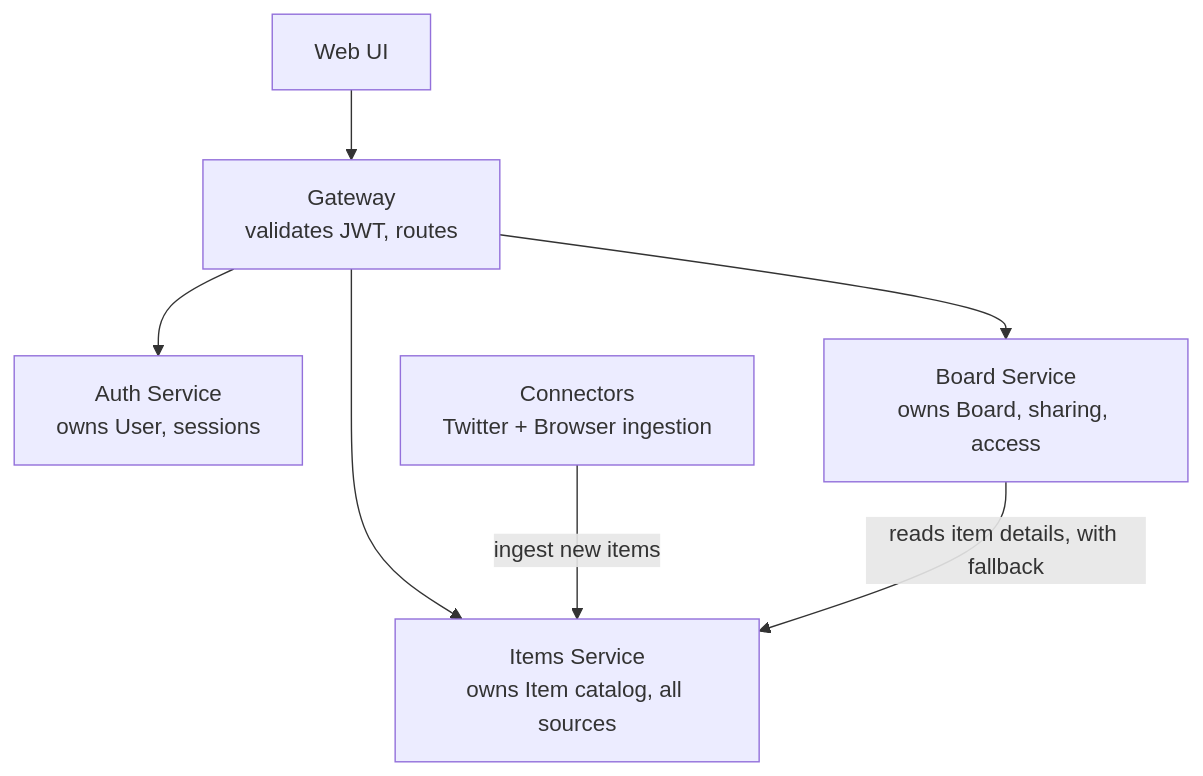
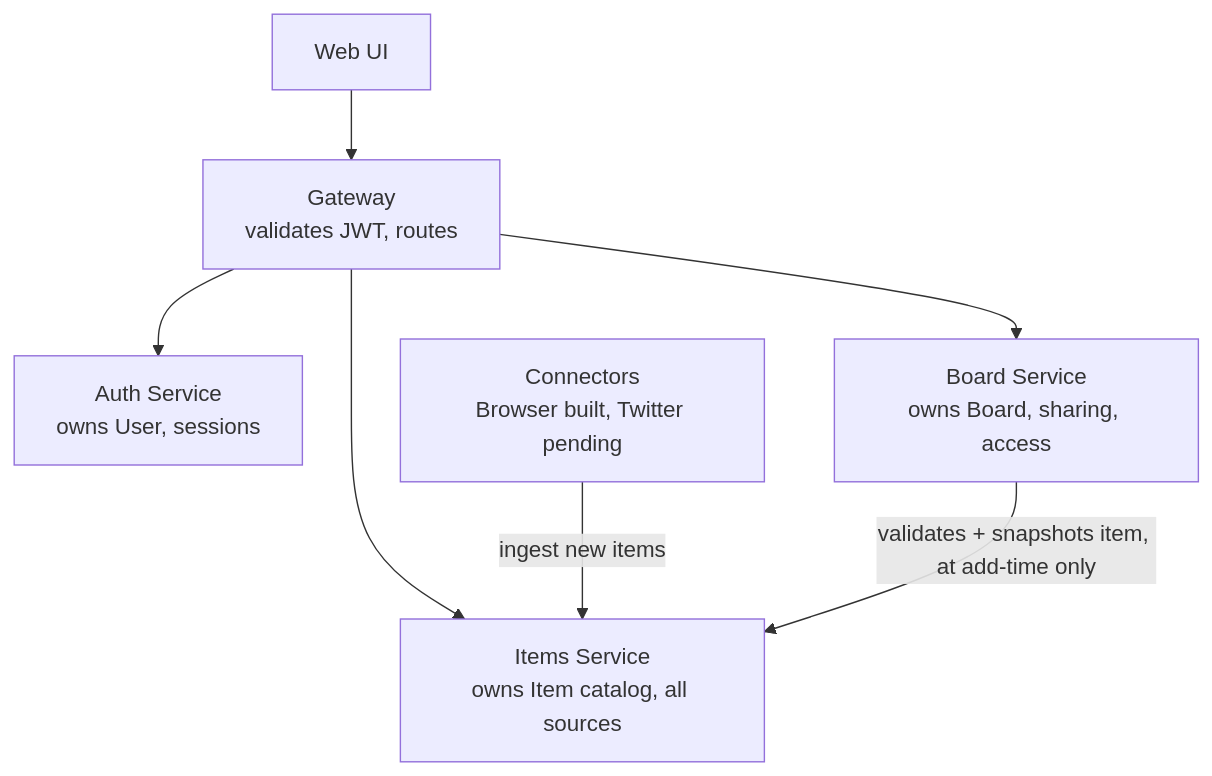
The third of 4 diagrams in docs/bookmarks-hub-architecture.md (mehulp/study-hub), drawn with Mermaid before and after one commit. The commit also changed other lines of this file and 2 other files, not shown here.

````diff
--- a/docs/bookmarks-hub-architecture.md
+++ b/docs/bookmarks-hub-architecture.md
@@ -102,9 +130,9 @@
 ```mermaid
 flowchart TD
     UI[Web UI] --> GW[Gateway<br/>validates JWT, routes]
     GW --> AUTH[Auth Service<br/>owns User, sessions]
     GW --> ITEMS[Items Service<br/>owns Item catalog, all sources]
     GW --> BOARD[Board Service<br/>owns Board, sharing, access]
-    CONN[Connectors<br/>Twitter + Browser ingestion] -->|ingest new items| ITEMS
-    BOARD -->|reads item details, with fallback| ITEMS
+    CONN[Connectors<br/>Browser built, Twitter pending] -->|ingest new items| ITEMS
+    BOARD -->|validates + snapshots item, at add-time only| ITEMS
 ```
````
